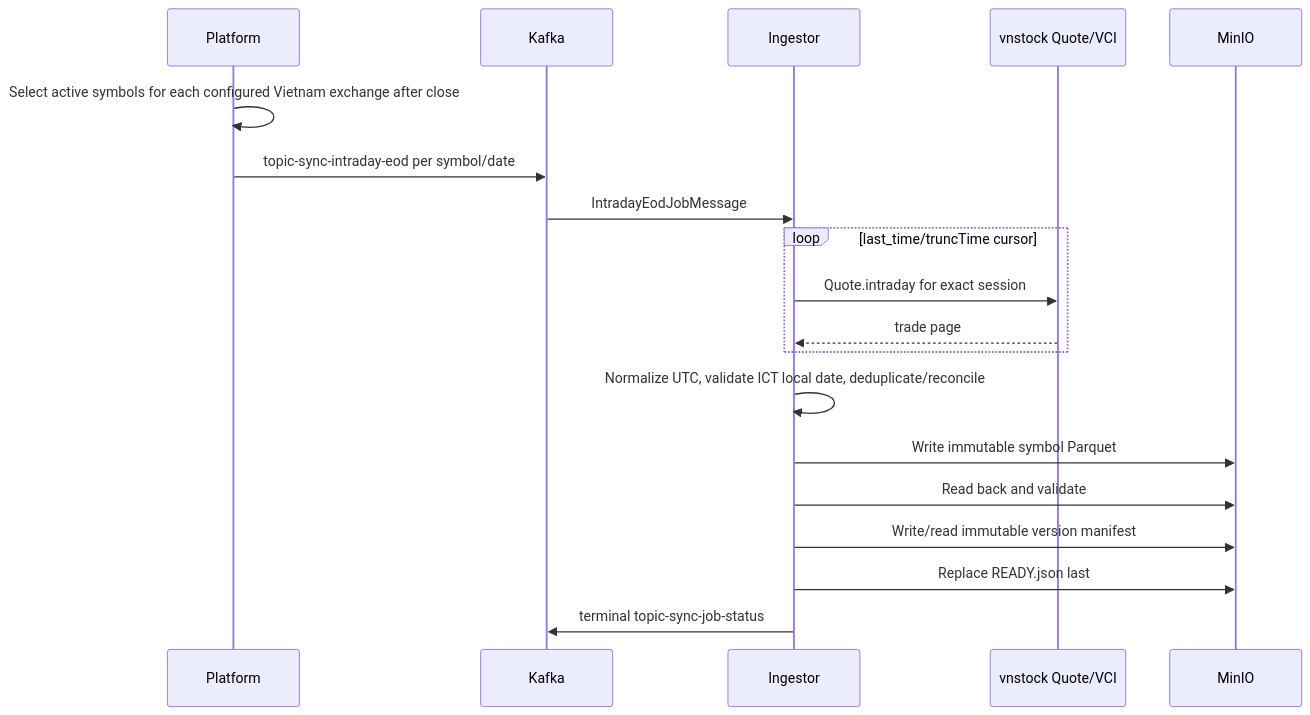
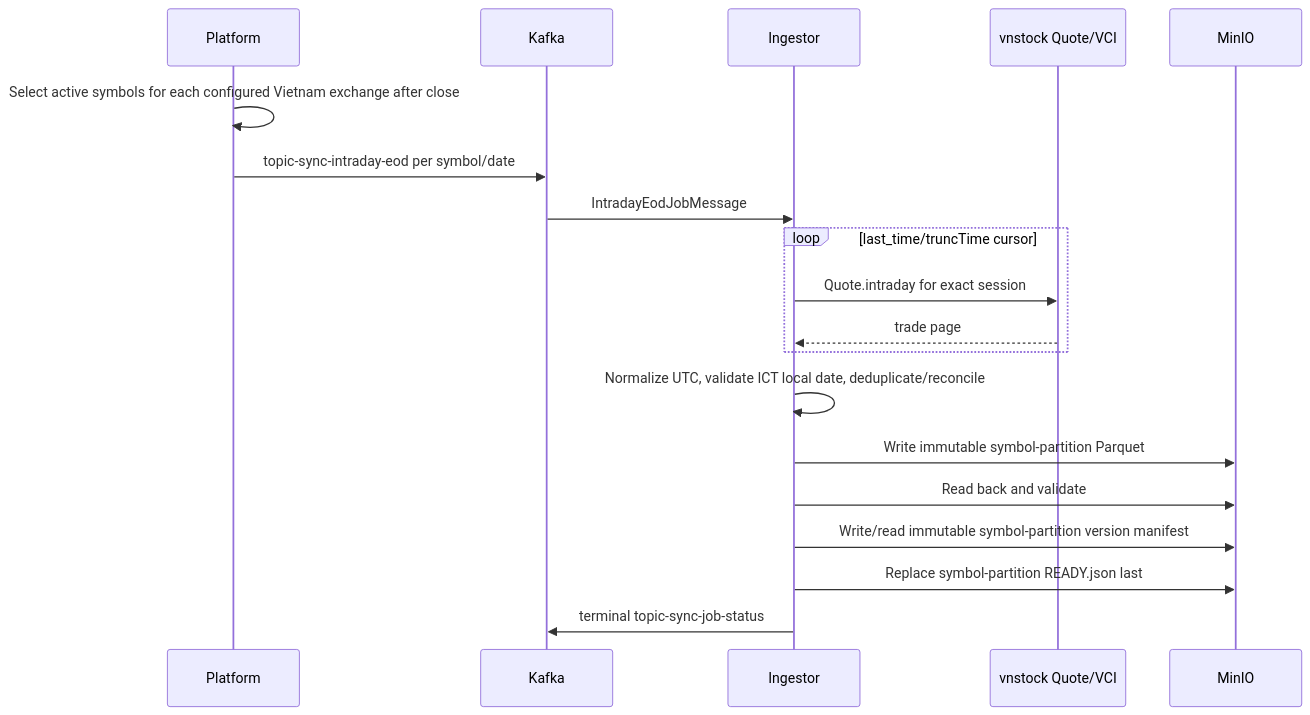
The diagram in docs/flows/005-intraday-eod.md (tanlocit9/omni), drawn with Mermaid before and after one commit. The commit also changed other lines of this file and 26 other files, not shown here.

````diff
--- a/docs/flows/005-intraday-eod.md
+++ b/docs/flows/005-intraday-eod.md
@@ -12,22 +12,22 @@
 ```mermaid
 sequenceDiagram
   participant P as Platform
   participant K as Kafka
   participant I as Ingestor
   participant V as vnstock Quote/VCI
   participant S as MinIO
 
   P->>P: Select active symbols for each configured Vietnam exchange after close
   P->>K: topic-sync-intraday-eod per symbol/date
   K->>I: IntradayEodJobMessage
   loop last_time/truncTime cursor
     I->>V: Quote.intraday for exact session
     V-->>I: trade page
   end
   I->>I: Normalize UTC, validate ICT local date, deduplicate/reconcile
-  I->>S: Write immutable symbol Parquet
+  I->>S: Write immutable symbol-partition Parquet
   I->>S: Read back and validate
-  I->>S: Write/read immutable version manifest
-  I->>S: Replace READY.json last
+  I->>S: Write/read immutable symbol-partition version manifest
+  I->>S: Replace symbol-partition READY.json last
   I->>K: terminal topic-sync-job-status
 ```
````
